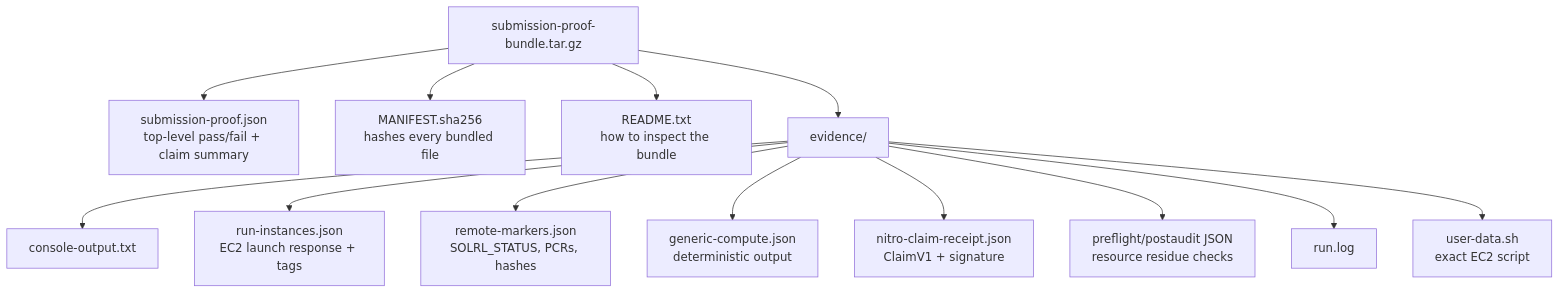
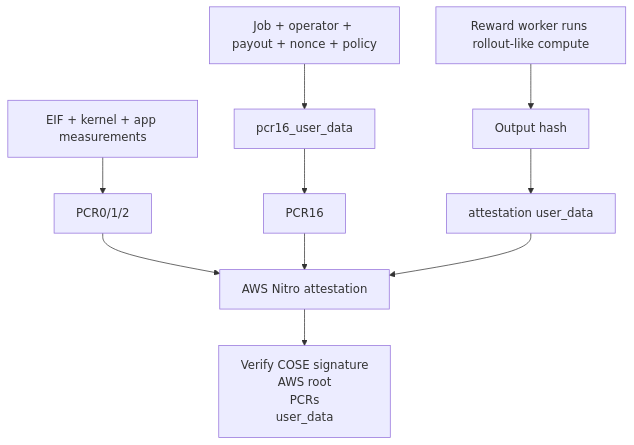
The sixth of 13 diagrams in why.md (arakoodev/SolRL), drawn with Mermaid before and after one commit. The commit also changed other lines of this file and 1 other file, not shown here.

````diff
--- a/why.md
+++ b/why.md
@@ -106,17 +170,12 @@
 ```mermaid
 flowchart TB
-    BUNDLE["submission-proof-bundle.tar.gz"]
-    BUNDLE --> PROOF["submission-proof.json<br/>top-level pass/fail + claim summary"]
-    BUNDLE --> MANIFEST["MANIFEST.sha256<br/>hashes every bundled file"]
-    BUNDLE --> README["README.txt<br/>how to inspect the bundle"]
-    BUNDLE --> EVIDENCE["evidence/"]
-
-    EVIDENCE --> CONSOLE["console-output.txt"]
-    EVIDENCE --> LAUNCH["run-instances.json<br/>EC2 launch response + tags"]
-    EVIDENCE --> MARKERS["remote-markers.json<br/>SOLRL_STATUS, PCRs, hashes"]
-    EVIDENCE --> COMPUTE["generic-compute.json<br/>deterministic output"]
-    EVIDENCE --> RECEIPT["nitro-claim-receipt.json<br/>ClaimV1 + signature"]
-    EVIDENCE --> AUDITS["preflight/postaudit JSON<br/>resource residue checks"]
-    EVIDENCE --> LOG["run.log"]
-    EVIDENCE --> USERDATA["user-data.sh<br/>exact EC2 script"]
+    Rollout["Reward worker runs rollout-like compute"] --> Output["Output hash"]
+    Context["Job + operator + payout + nonce + policy"] --> PCR16Input["pcr16_user_data"]
+    PCR16Input --> PCR16["PCR16"]
+    Output --> UserData["attestation user_data"]
+    Image["EIF + kernel + app measurements"] --> PCR012["PCR0/1/2"]
+    PCR012 --> Attestation["AWS Nitro attestation"]
+    PCR16 --> Attestation
+    UserData --> Attestation
+    Attestation --> Verify["Verify COSE signature<br/>AWS root<br/>PCRs<br/>user_data"]
 ```
````
